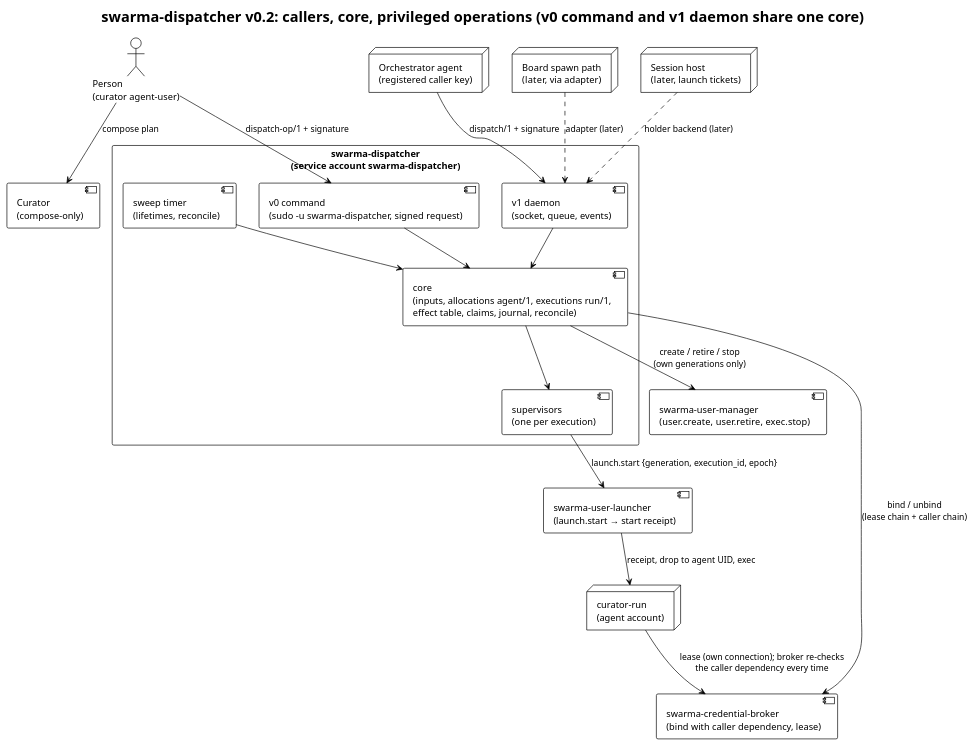
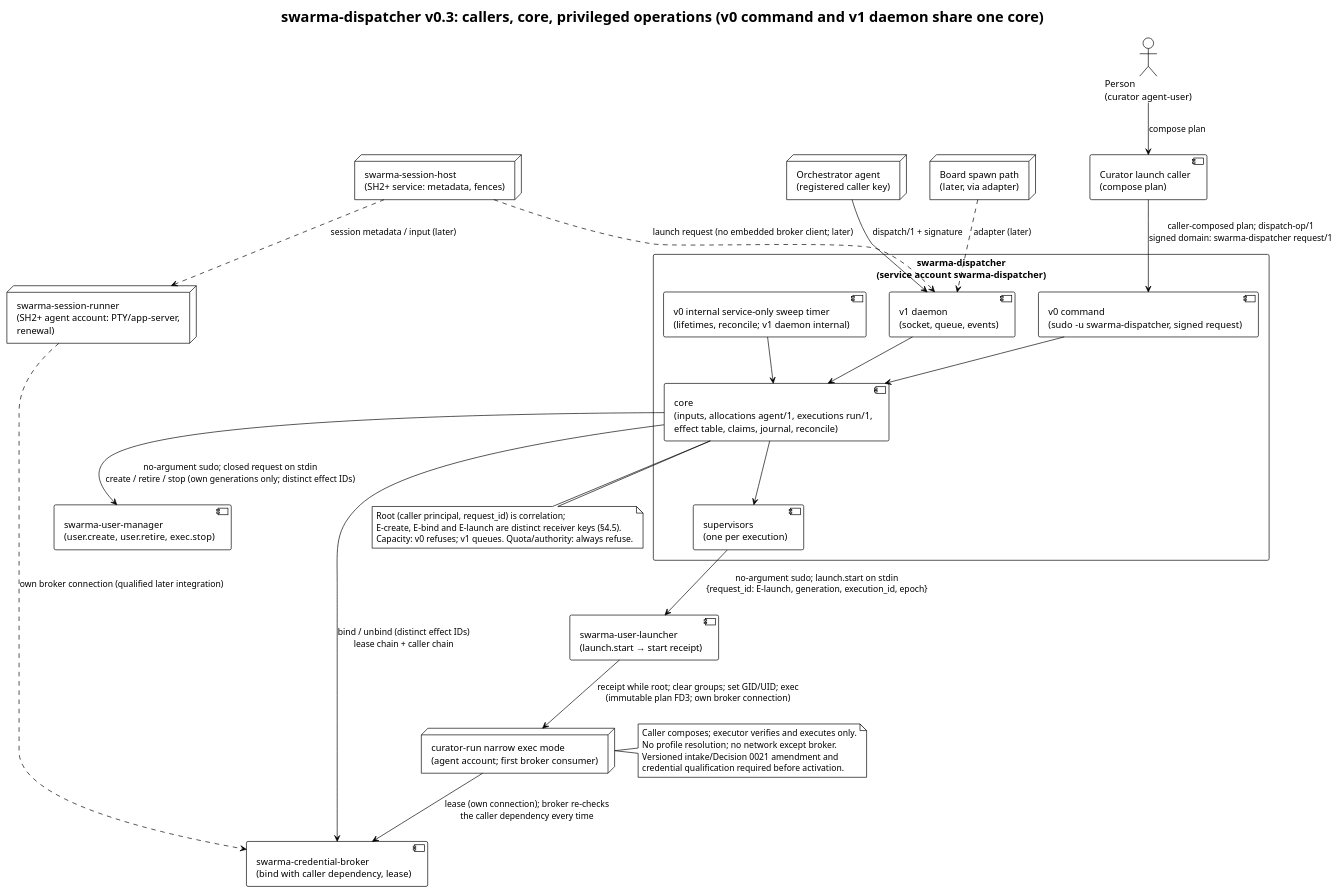
The diagram in diagrams/components.puml (relux-works/curator-dispatcher), drawn with PlantUML before and after one commit. The commit also changed 6 other files, not shown here.

```diff
--- a/diagrams/components.puml
+++ b/diagrams/components.puml
@@ -1,36 +1,50 @@
 @startuml components
 !theme plain
-title swarma-dispatcher v0.2: callers, core, privileged operations (v0 command and v1 daemon share one core)
+title swarma-dispatcher v0.3: callers, core, privileged operations (v0 command and v1 daemon share one core)
 
 actor "Person\n(curator agent-user)" as P
 node "Orchestrator agent\n(registered caller key)" as O
 node "Board spawn path\n(later, via adapter)" as B
-node "Session host\n(later, launch tickets)" as SH
+node "swarma-session-host\n(SH2+ service: metadata, fences)" as SH
 rectangle "swarma-dispatcher\n(service account swarma-dispatcher)" as D {
   component "core\n(inputs, allocations agent/1, executions run/1,\neffect table, claims, journal, reconcile)" as CORE
   component "v0 command\n(sudo -u swarma-dispatcher, signed request)" as CMD
   component "v1 daemon\n(socket, queue, events)" as DMN
   component "supervisors\n(one per execution)" as SUP
-  component "sweep timer\n(lifetimes, reconcile)" as SW
+  component "v0 internal service-only sweep timer\n(lifetimes, reconcile; v1 daemon internal)" as SW
 }
-component "Curator\n(compose-only)" as CUR
+component "Curator launch caller\n(compose plan)" as CUR
 component "swarma-user-manager\n(user.create, user.retire, exec.stop)" as H
 component "swarma-user-launcher\n(launch.start → start receipt)" as L
 component "swarma-credential-broker\n(bind with caller dependency, lease)" as BR
-node "curator-run\n(agent account)" as E
+node "curator-run narrow exec mode\n(agent account; first broker consumer)" as E
+node "swarma-session-runner\n(SH2+ agent account: PTY/app-server, renewal)" as SR
 
 P --> CUR : compose plan
-P --> CMD : dispatch-op/1 + signature
+CUR --> CMD : caller-composed plan; dispatch-op/1\nsigned domain: swarma-dispatcher request/1
 O --> DMN : dispatch/1 + signature
 B ..> DMN : adapter (later)
-SH ..> DMN : holder backend (later)
+SH ..> DMN : launch request (no embedded broker client; later)
+SH ..> SR : session metadata / input (later)
+SR ..> BR : own broker connection (qualified later integration)
 CMD --> CORE
 DMN --> CORE
 SW --> CORE
-CORE --> H : create / retire / stop\n(own generations only)
-CORE --> BR : bind / unbind\n(lease chain + caller chain)
+CORE --> H : no-argument sudo; closed request on stdin\ncreate / retire / stop (own generations only; distinct effect IDs)
+CORE --> BR : bind / unbind (distinct effect IDs)\nlease chain + caller chain
 CORE --> SUP
-SUP --> L : launch.start {generation, execution_id, epoch}
-L --> E : receipt, drop to agent UID, exec
+SUP --> L : no-argument sudo; launch.start on stdin\n{request_id: E-launch, generation, execution_id, epoch}
+L --> E : receipt while root; clear groups; set GID/UID; exec\n(immutable plan FD3; own broker connection)
 E --> BR : lease (own connection); broker re-checks\nthe caller dependency every time
+note bottom of CORE
+  Root (caller principal, request_id) is correlation;
+  E-create, E-bind and E-launch are distinct receiver keys (§4.5).
+  Capacity: v0 refuses; v1 queues. Quota/authority: always refuse.
+end note
+note right of E
+  Caller composes; executor verifies and executes only.
+  No profile resolution; no network except broker.
+  Versioned intake/Decision 0021 amendment and
+  credential qualification required before activation.
+end note
 @enduml
```
